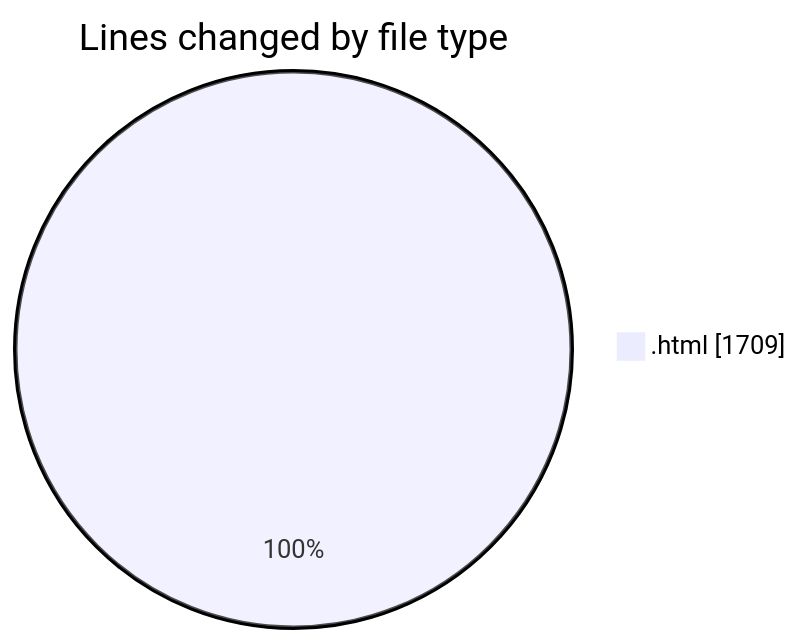
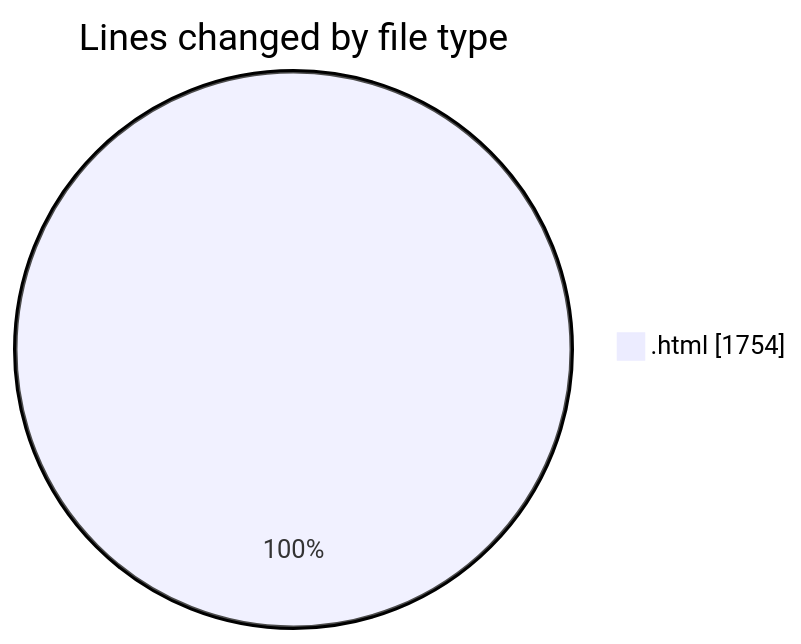
Before and after one commit to nxtqubesakshisongat/code-tracking: the first of 2 diagrams in 2025-08-10/nxtqube_webapp/README.md, drawn with Mermaid. The commit also changed other lines of this file and 1 other file, not shown here.

````diff
--- a/2025-08-10/nxtqube_webapp/README.md
+++ b/2025-08-10/nxtqube_webapp/README.md
@@ -21,5 +21,5 @@
 ```mermaid
 pie showData
 title Lines changed by file type
-".html" : 1709
+".html" : 1754
 ```
````
